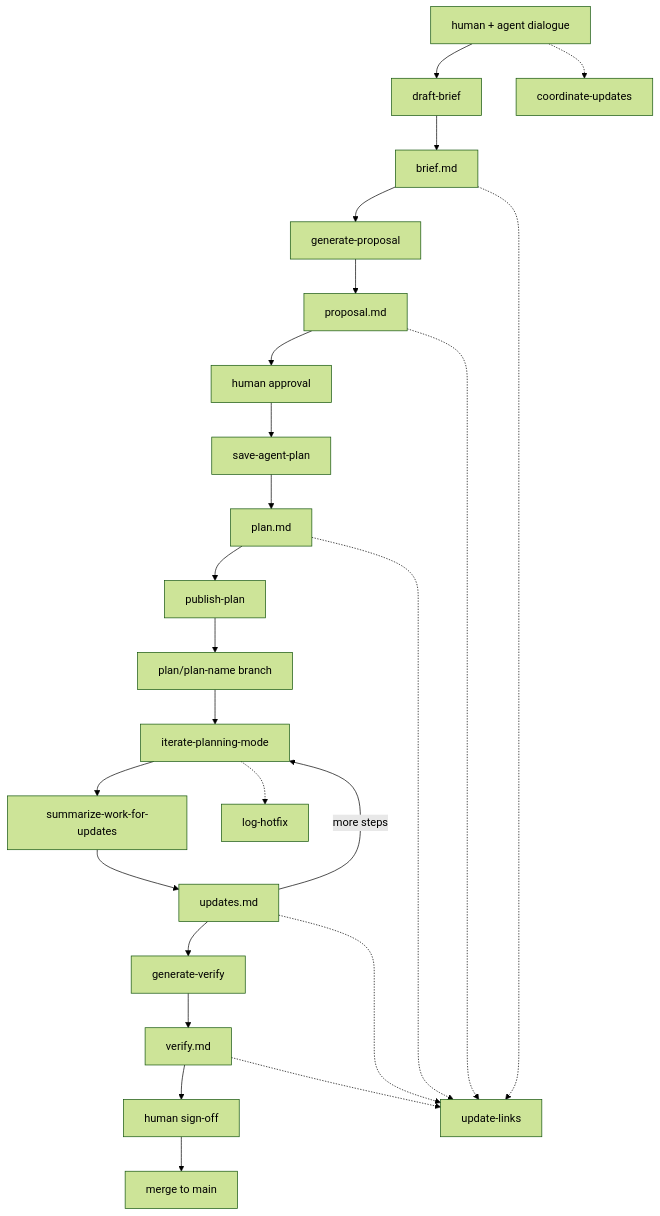
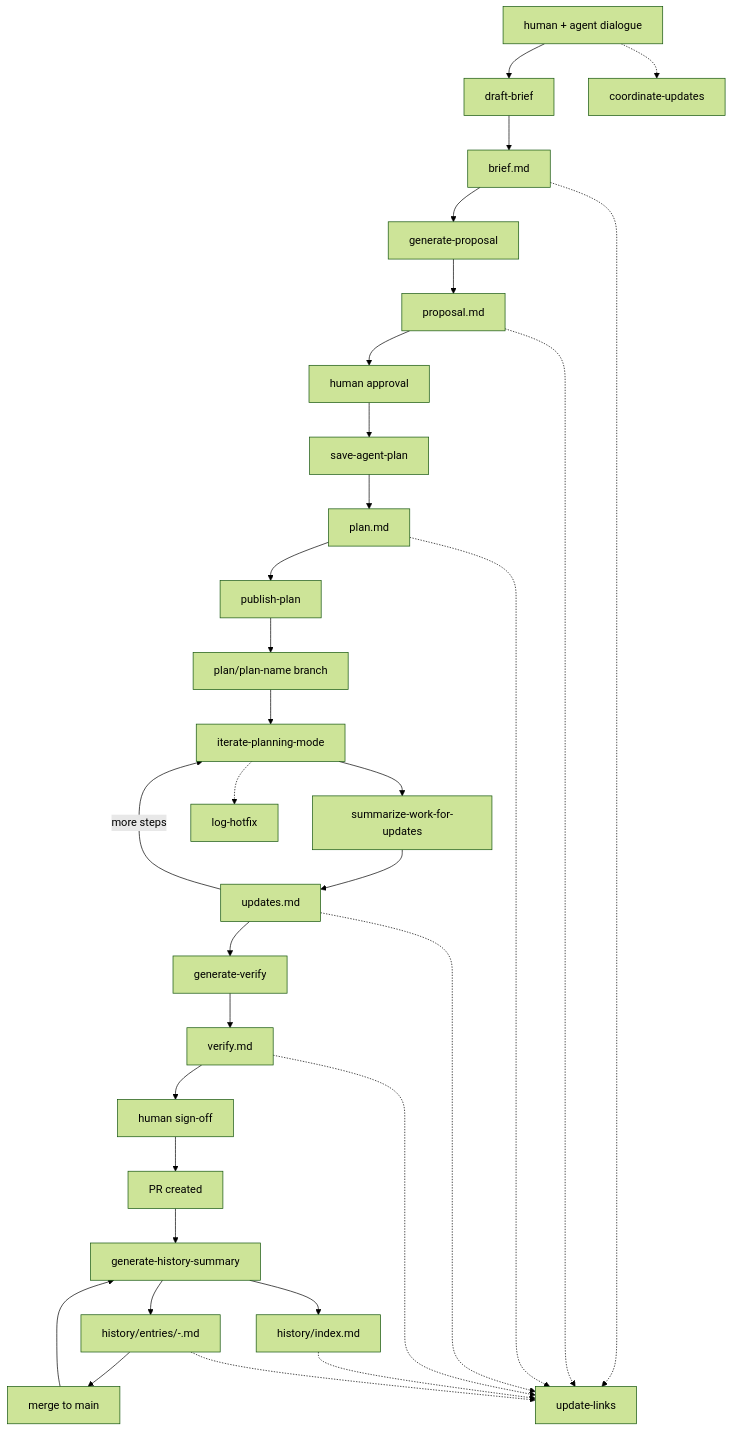
The diagram in bindify/SKILL.md (den-ree/blanche-skills), drawn with Mermaid (forest theme) before and after one commit. The commit also changed other lines of this file and 8 other files, not shown here.

````diff
--- a/bindify/SKILL.md
+++ b/bindify/SKILL.md
@@ -35,50 +36,61 @@
 ```mermaid
 flowchart TD
     dialogue["human + agent dialogue"]
     draftBrief["draft-brief"]
     briefMd["brief.md"]
     genProposal["generate-proposal"]
     proposalMd["proposal.md"]
     humanApproval["human approval"]
     savePlan["save-agent-plan"]
     planMd["plan.md"]
     publishPlan["publish-plan"]
     planBranch["plan/plan-name branch"]
     iterate["iterate-planning-mode"]
     summarize["summarize-work-for-updates"]
     updatesMd["updates.md"]
     genVerify["generate-verify"]
     verifyMd["verify.md"]
+    genHistory["generate-history-summary"]
+    historyIndex["history/index.md"]
+    historyEntry["history/entries/<date>-<slug>.md"]
     humanSignoff["human sign-off"]
+    prCreated["PR created"]
     mergeMain["merge to main"]
 
     coordinate["coordinate-updates"]
     logHotfix["log-hotfix"]
     updateLinks["update-links"]
 
     dialogue --> draftBrief
     draftBrief --> briefMd
     briefMd --> genProposal
     genProposal --> proposalMd
     proposalMd --> humanApproval
     humanApproval --> savePlan
     savePlan --> planMd
     planMd --> publishPlan
     publishPlan --> planBranch
     planBranch --> iterate
     iterate --> summarize
     summarize --> updatesMd
     updatesMd -->|"more steps"| iterate
     updatesMd --> genVerify
     genVerify --> verifyMd
     verifyMd --> humanSignoff
-    humanSignoff --> mergeMain
+    humanSignoff --> prCreated
+    prCreated --> genHistory
+    genHistory --> historyEntry
+    genHistory --> historyIndex
+    historyEntry --> mergeMain
+    mergeMain --> genHistory
 
     dialogue -.-> coordinate
     iterate -.-> logHotfix
     briefMd -.-> updateLinks
     proposalMd -.-> updateLinks
     planMd -.-> updateLinks
     updatesMd -.-> updateLinks
     verifyMd -.-> updateLinks
+    historyIndex -.-> updateLinks
+    historyEntry -.-> updateLinks
 ```
````
